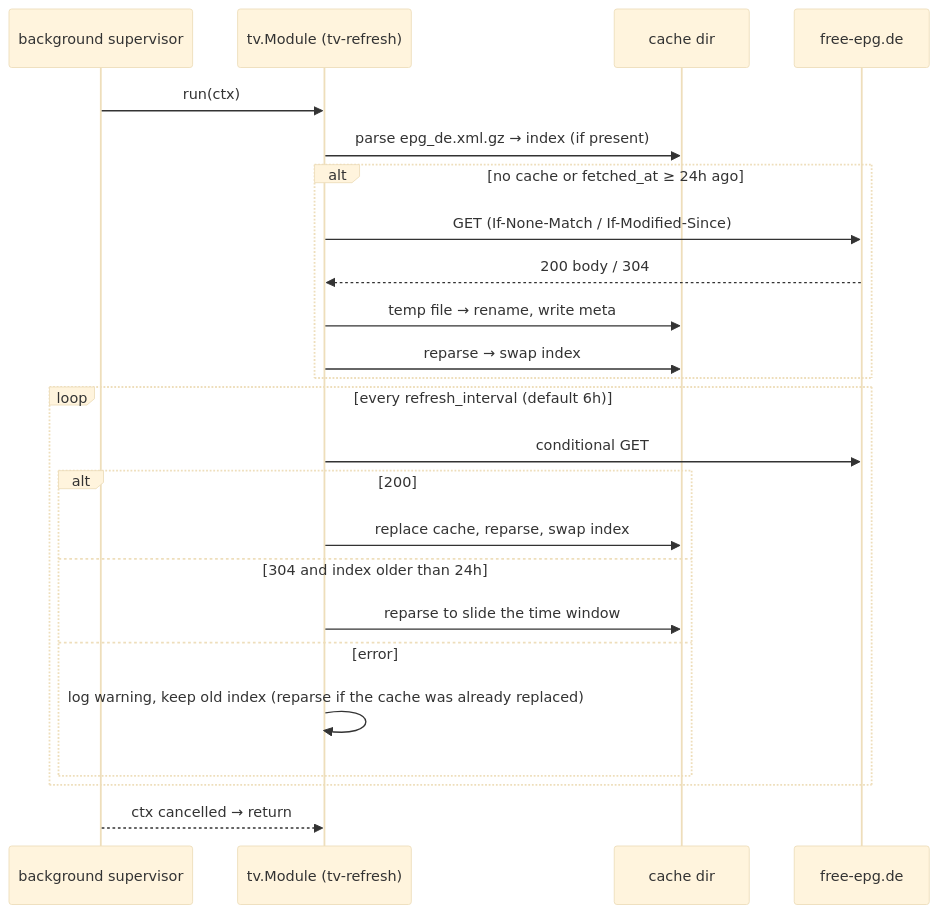
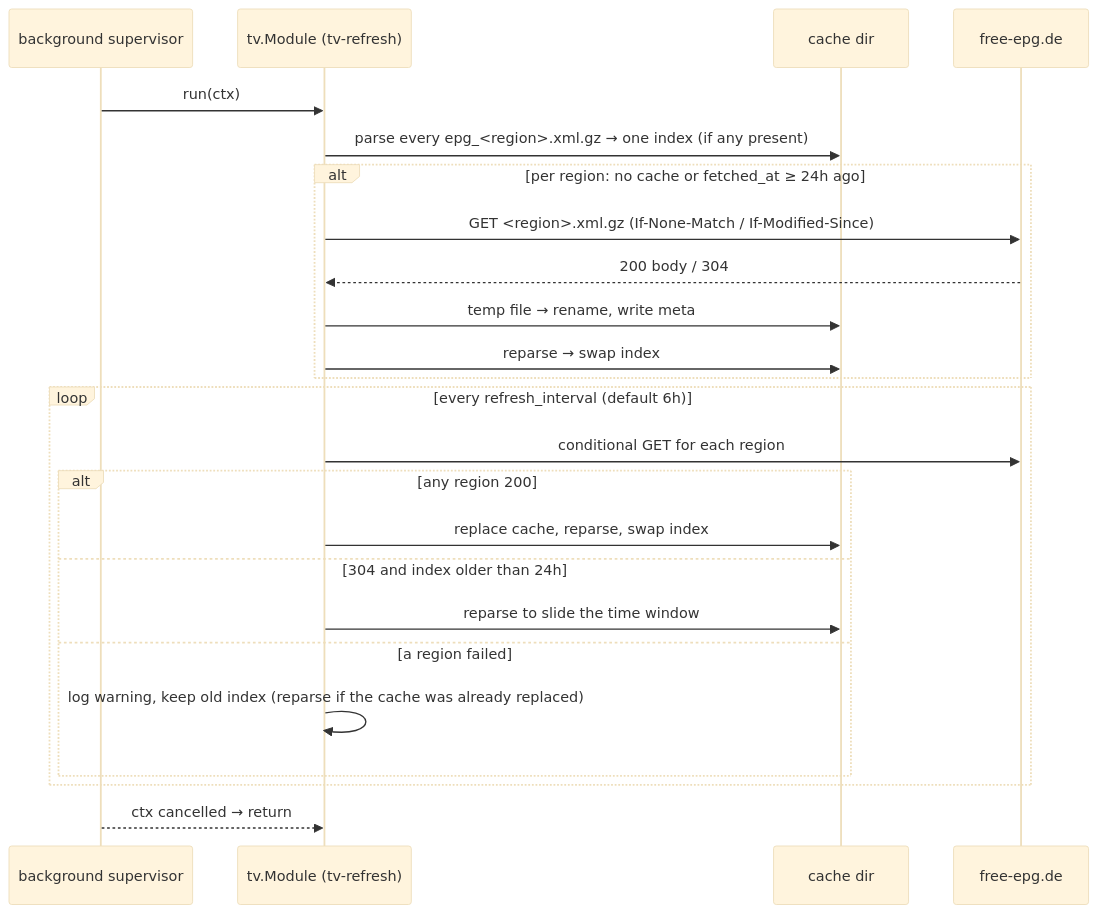
One commit to toksikk/gidbig changed the diagram in docs/modules/tv.md. Above: the diagram before and after it, drawn with Mermaid (base theme). The commit also changed other lines of this file and 22 other files, not shown here.

````diff
--- a/docs/modules/tv.md
+++ b/docs/modules/tv.md
@@ -34,27 +34,27 @@
 ```mermaid
 sequenceDiagram
     participant S as background supervisor
     participant M as tv.Module (tv-refresh)
     participant C as cache dir
     participant F as free-epg.de
 
     S->>M: run(ctx)
-    M->>C: parse epg_de.xml.gz → index (if present)
-    alt no cache or fetched_at ≥ 24h ago
-        M->>F: GET (If-None-Match / If-Modified-Since)
+    M->>C: parse every epg_<region>.xml.gz → one index (if any present)
+    alt per region: no cache or fetched_at ≥ 24h ago
+        M->>F: GET <region>.xml.gz (If-None-Match / If-Modified-Since)
         F-->>M: 200 body / 304
         M->>C: temp file → rename, write meta
         M->>C: reparse → swap index
     end
     loop every refresh_interval (default 6h)
-        M->>F: conditional GET
-        alt 200
+        M->>F: conditional GET for each region
+        alt any region 200
             M->>C: replace cache, reparse, swap index
         else 304 and index older than 24h
             M->>C: reparse to slide the time window
-        else error
+        else a region failed
             M->>M: log warning, keep old index (reparse if the cache was already replaced)
         end
     end
     S-->>M: ctx cancelled → return
 ```
````
